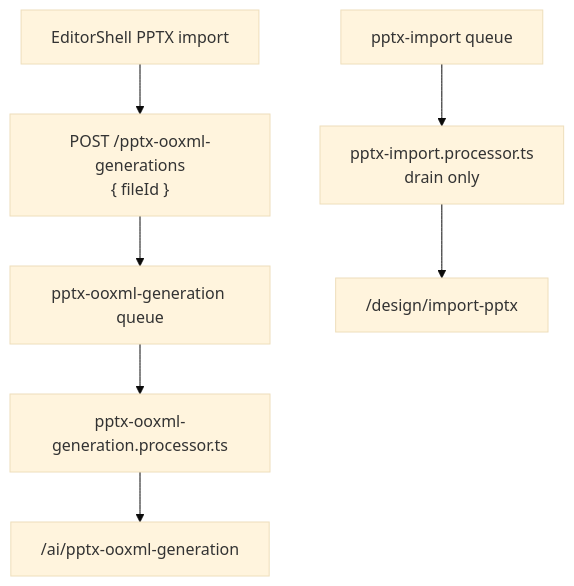
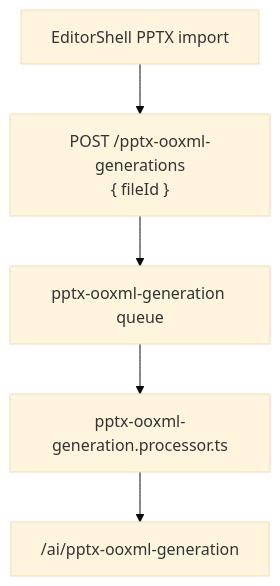
One commit to na-man-mu-303-team2/Orbit changed the second of 8 diagrams in docs/plans/generate-deck-separation-before-issue-338.md. Above: the diagram before and after it, drawn with Mermaid (base theme). The commit also changed other lines of this file and 3 other files, not shown here.

````diff
--- a/docs/plans/generate-deck-separation-before-issue-338.md
+++ b/docs/plans/generate-deck-separation-before-issue-338.md
@@ -89,10 +91,7 @@
 ```mermaid
 flowchart TD
     UI["EditorShell PPTX import"] --> NEW_API["POST /pptx-ooxml-generations<br/>{ fileId }"]
     NEW_API --> NEW_Q["pptx-ooxml-generation queue"]
     NEW_Q --> NEW_P["pptx-ooxml-generation.processor.ts"]
     NEW_P --> NEW_PY["/ai/pptx-ooxml-generation"]
-
-    OLD_Q["pptx-import queue"] --> OLD_P["pptx-import.processor.ts<br/>drain only"]
-    OLD_P --> OLD_PY["/design/import-pptx"]
 ```
````
